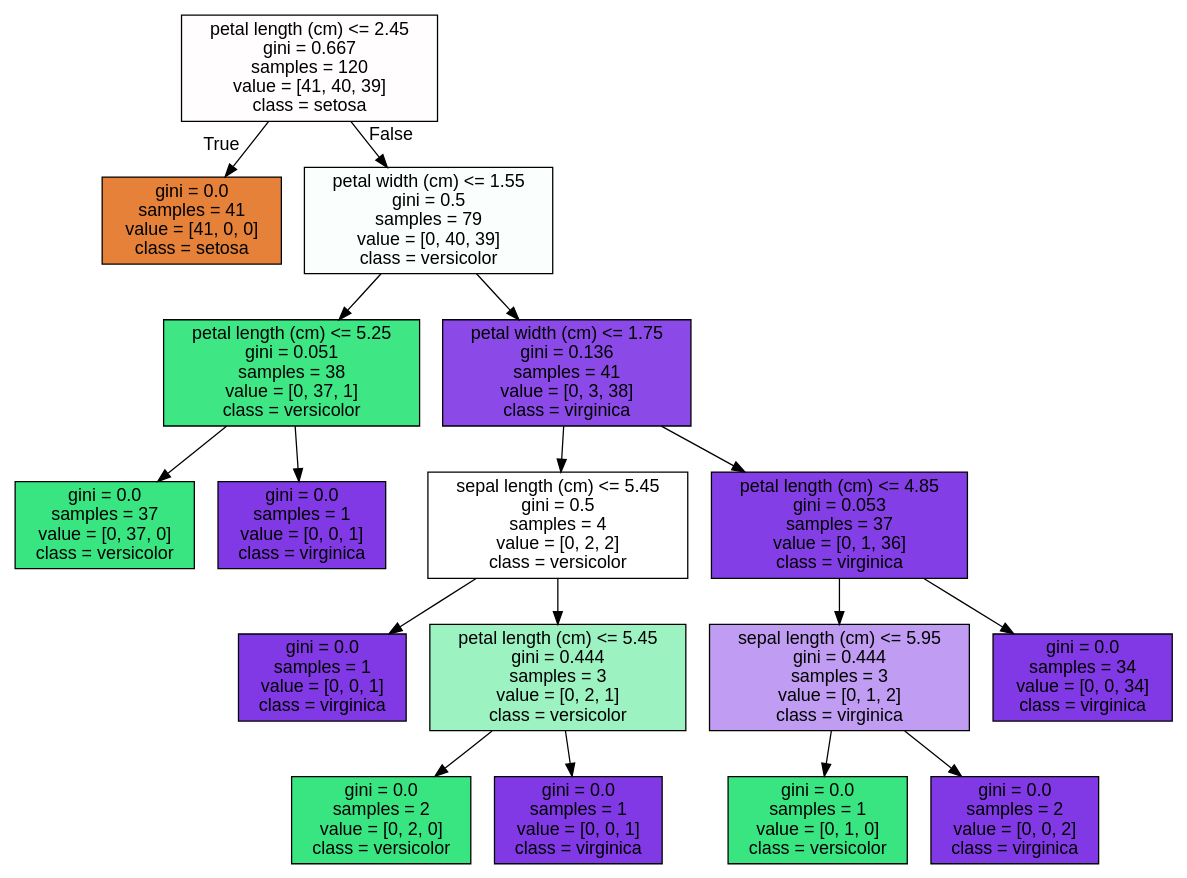
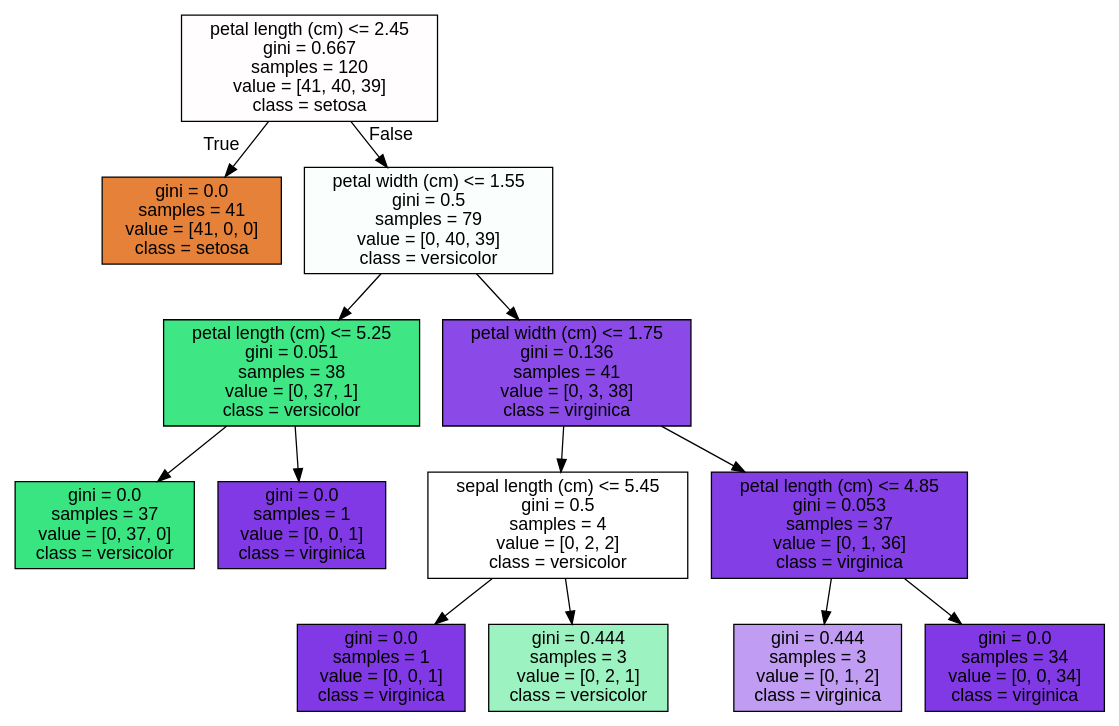
One commit to RyuJaeJeong/machine-learning-study changed the diagram in 4장/tree.dot. Above: the diagram before and after it, drawn with Graphviz. The commit also changed 1 other file, not shown here.

```diff
--- a/4장/tree.dot
+++ b/4장/tree.dot
@@ -1,37 +1,29 @@
 digraph Tree {
 node [shape=box, style="filled", color="black", fontname="helvetica"] ;
 edge [fontname="helvetica"] ;
 0 [label="petal length (cm) <= 2.45\ngini = 0.667\nsamples = 120\nvalue = [41, 40, 39]\nclass = setosa", fillcolor="#fffdfd"] ;
 1 [label="gini = 0.0\nsamples = 41\nvalue = [41, 0, 0]\nclass = setosa", fillcolor="#e58139"] ;
 0 -> 1 [labeldistance=2.5, labelangle=45, headlabel="True"] ;
 2 [label="petal width (cm) <= 1.55\ngini = 0.5\nsamples = 79\nvalue = [0, 40, 39]\nclass = versicolor", fillcolor="#fafefc"] ;
 0 -> 2 [labeldistance=2.5, labelangle=-45, headlabel="False"] ;
 3 [label="petal length (cm) <= 5.25\ngini = 0.051\nsamples = 38\nvalue = [0, 37, 1]\nclass = versicolor", fillcolor="#3ee684"] ;
 2 -> 3 ;
 4 [label="gini = 0.0\nsamples = 37\nvalue = [0, 37, 0]\nclass = versicolor", fillcolor="#39e581"] ;
 3 -> 4 ;
 5 [label="gini = 0.0\nsamples = 1\nvalue = [0, 0, 1]\nclass = virginica", fillcolor="#8139e5"] ;
 3 -> 5 ;
 6 [label="petal width (cm) <= 1.75\ngini = 0.136\nsamples = 41\nvalue = [0, 3, 38]\nclass = virginica", fillcolor="#8b49e7"] ;
 2 -> 6 ;
 7 [label="sepal length (cm) <= 5.45\ngini = 0.5\nsamples = 4\nvalue = [0, 2, 2]\nclass = versicolor", fillcolor="#ffffff"] ;
 6 -> 7 ;
 8 [label="gini = 0.0\nsamples = 1\nvalue = [0, 0, 1]\nclass = virginica", fillcolor="#8139e5"] ;
 7 -> 8 ;
-9 [label="petal length (cm) <= 5.45\ngini = 0.444\nsamples = 3\nvalue = [0, 2, 1]\nclass = versicolor", fillcolor="#9cf2c0"] ;
+9 [label="gini = 0.444\nsamples = 3\nvalue = [0, 2, 1]\nclass = versicolor", fillcolor="#9cf2c0"] ;
 7 -> 9 ;
-10 [label="gini = 0.0\nsamples = 2\nvalue = [0, 2, 0]\nclass = versicolor", fillcolor="#39e581"] ;
-9 -> 10 ;
-11 [label="gini = 0.0\nsamples = 1\nvalue = [0, 0, 1]\nclass = virginica", fillcolor="#8139e5"] ;
-9 -> 11 ;
-12 [label="petal length (cm) <= 4.85\ngini = 0.053\nsamples = 37\nvalue = [0, 1, 36]\nclass = virginica", fillcolor="#843ee6"] ;
-6 -> 12 ;
-13 [label="sepal length (cm) <= 5.95\ngini = 0.444\nsamples = 3\nvalue = [0, 1, 2]\nclass = virginica", fillcolor="#c09cf2"] ;
-12 -> 13 ;
-14 [label="gini = 0.0\nsamples = 1\nvalue = [0, 1, 0]\nclass = versicolor", fillcolor="#39e581"] ;
-13 -> 14 ;
-15 [label="gini = 0.0\nsamples = 2\nvalue = [0, 0, 2]\nclass = virginica", fillcolor="#8139e5"] ;
-13 -> 15 ;
-16 [label="gini = 0.0\nsamples = 34\nvalue = [0, 0, 34]\nclass = virginica", fillcolor="#8139e5"] ;
-12 -> 16 ;
+10 [label="petal length (cm) <= 4.85\ngini = 0.053\nsamples = 37\nvalue = [0, 1, 36]\nclass = virginica", fillcolor="#843ee6"] ;
+6 -> 10 ;
+11 [label="gini = 0.444\nsamples = 3\nvalue = [0, 1, 2]\nclass = virginica", fillcolor="#c09cf2"] ;
+10 -> 11 ;
+12 [label="gini = 0.0\nsamples = 34\nvalue = [0, 0, 34]\nclass = virginica", fillcolor="#8139e5"] ;
+10 -> 12 ;
 }
```
